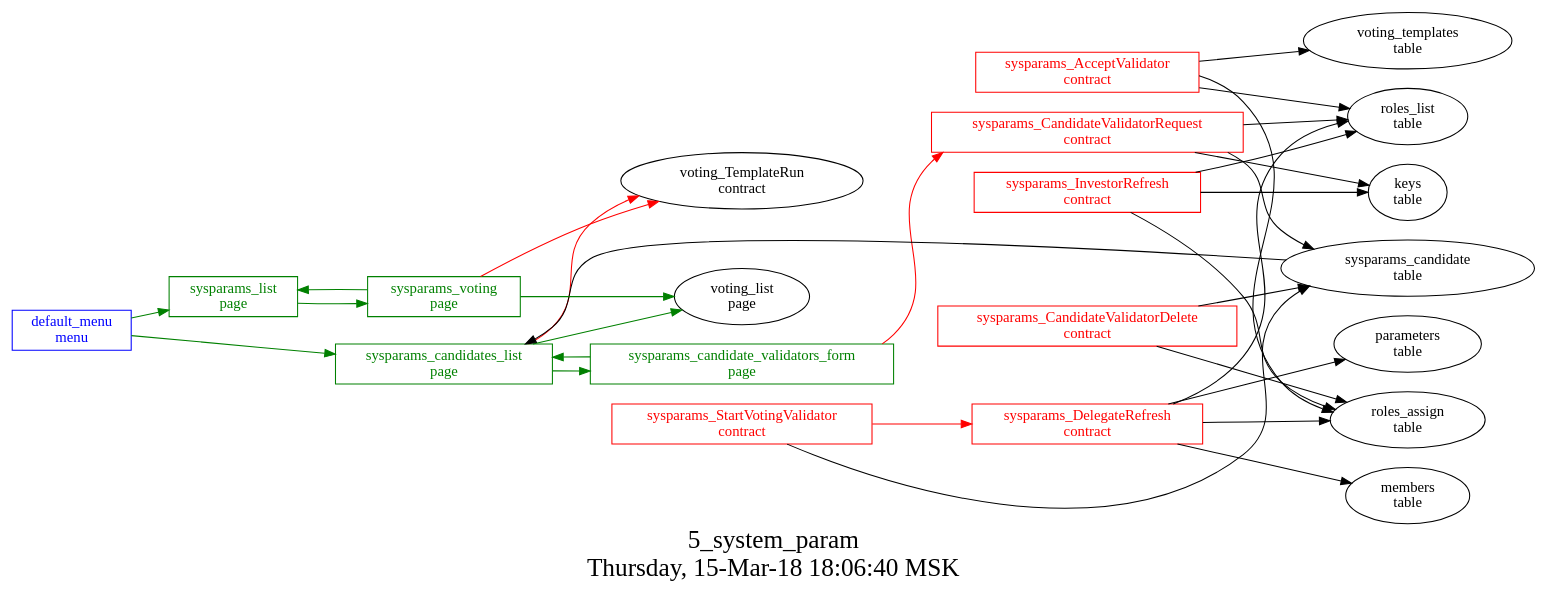
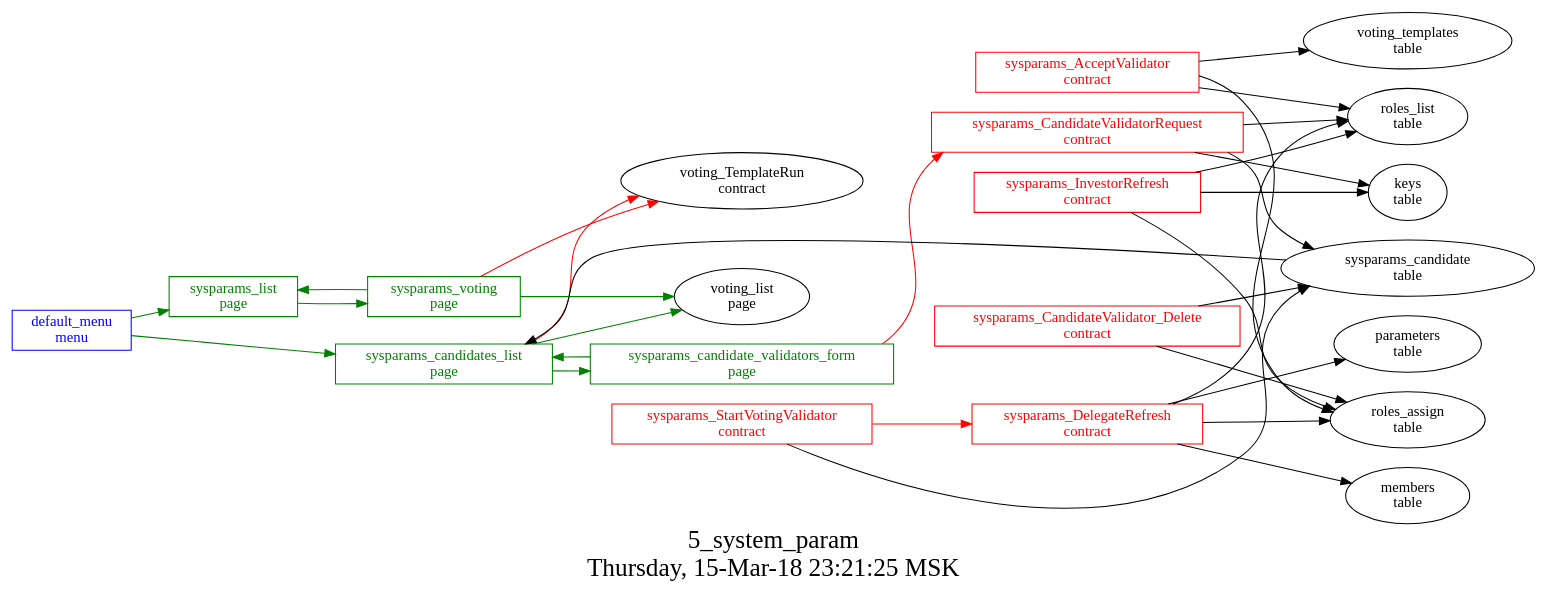
The diagram in src/basic/basic_main/5_system_params/struct.dot (AplaProject/apps), drawn with Graphviz before and after one commit. The commit also changed 9 other files, not shown here.

```diff
--- a/src/basic/basic_main/5_system_params/struct.dot
+++ b/src/basic/basic_main/5_system_params/struct.dot
@@ -1,51 +1,51 @@
 digraph G {
 graph [
   fontsize="24";
-  label="5_system_param\nThursday, 15-Mar-18 18:06:40 MSK";
+  label="5_system_param\nThursday, 15-Mar-18 23:21:25 MSK";
   nojustify=true;
   ordering=out;
   rankdir=LR;
   size="30";
 ];
 "default_menu\nmenu" -> "sysparams_list\npage"  [ color=green ]
 "default_menu\nmenu" -> "sysparams_candidates_list\npage"  [ color=green ]
 "default_menu\nmenu" [color=blue, fontcolor=blue, group=menus, shape=record];
 "sysparams_candidate_validators_form\npage" -> "sysparams_CandidateValidatorRequest\ncontract"  [ color=red ]
 "sysparams_candidate_validators_form\npage" -> "sysparams_candidates_list\npage"  [ color=green ]
 "sysparams_candidate_validators_form\npage" [color=green, fontcolor=green, group=pages, shape=record];
 "sysparams_candidates_list\npage" -> "voting_TemplateRun\ncontract"  [ color=red ]
 "sysparams_candidate\ntable" -> "sysparams_candidates_list\npage"  [ color="" ]
 "sysparams_candidates_list\npage" -> "voting_list\npage"  [ color=green ]
 "sysparams_candidates_list\npage" -> "sysparams_candidate_validators_form\npage"  [ color=green ]
 "sysparams_candidates_list\npage" [color=green, fontcolor=green, group=pages, shape=record];
 "sysparams_list\npage" -> "sysparams_voting\npage"  [ color=green ]
 "sysparams_list\npage" [color=green, fontcolor=green, group=pages, shape=record];
 "sysparams_voting\npage" -> "voting_TemplateRun\ncontract"  [ color=red ]
 "sysparams_voting\npage" -> "sysparams_list\npage"  [ color=green ]
 "sysparams_voting\npage" -> "voting_list\npage"  [ color=green ]
 "sysparams_voting\npage" [color=green, fontcolor=green, group=pages, shape=record];
 "sysparams_AcceptValidator\ncontract" -> "voting_templates\ntable"  [ color="" ]
 "sysparams_AcceptValidator\ncontract" -> "roles_list\ntable"  [ color="" ]
 "sysparams_AcceptValidator\ncontract" -> "roles_assign\ntable"  [ color="" ]
 "sysparams_AcceptValidator\ncontract" [color=red, fontcolor=red, group=contracts, shape=record];
-"sysparams_CandidateValidatorDelete\ncontract" -> "sysparams_candidate\ntable"  [ color="" ]
-"sysparams_CandidateValidatorDelete\ncontract" -> "roles_assign\ntable"  [ color="" ]
-"sysparams_CandidateValidatorDelete\ncontract" [color=red, fontcolor=red, group=contracts, shape=record];
 "sysparams_CandidateValidatorRequest\ncontract" -> "keys\ntable"  [ color="" ]
 "sysparams_CandidateValidatorRequest\ncontract" -> "roles_list\ntable"  [ color="" ]
 "sysparams_CandidateValidatorRequest\ncontract" -> "sysparams_candidate\ntable"  [ color="" ]
 "sysparams_CandidateValidatorRequest\ncontract" [color=red, fontcolor=red, group=contracts, shape=record];
+"sysparams_CandidateValidator_Delete\ncontract" -> "sysparams_candidate\ntable"  [ color="" ]
+"sysparams_CandidateValidator_Delete\ncontract" -> "roles_assign\ntable"  [ color="" ]
+"sysparams_CandidateValidator_Delete\ncontract" [color=red, fontcolor=red, group=contracts, shape=record];
 "sysparams_DelegateRefresh\ncontract" -> "roles_list\ntable"  [ color="" ]
 "sysparams_DelegateRefresh\ncontract" -> "parameters\ntable"  [ color="" ]
 "sysparams_DelegateRefresh\ncontract" -> "roles_assign\ntable"  [ color="" ]
 "sysparams_DelegateRefresh\ncontract" -> "members\ntable"  [ color="" ]
 "sysparams_DelegateRefresh\ncontract" [color=red, fontcolor=red, group=contracts, shape=record];
 "sysparams_InvestorRefresh\ncontract" -> "roles_list\ntable"  [ color="" ]
 "sysparams_InvestorRefresh\ncontract" -> "keys\ntable"  [ color="" ]
 "sysparams_InvestorRefresh\ncontract" -> "roles_assign\ntable"  [ color="" ]
 "sysparams_InvestorRefresh\ncontract" [color=red, fontcolor=red, group=contracts, shape=record];
 "sysparams_StartVotingValidator\ncontract" -> "sysparams_DelegateRefresh\ncontract"  [ color=red ]
 "sysparams_StartVotingValidator\ncontract" -> "sysparams_candidate\ntable"  [ color="" ]
 "sysparams_StartVotingValidator\ncontract" [color=red, fontcolor=red, group=contracts, shape=record];
 "sysparams_candidate\ntable" [color="", fontcolor="", group=tables, shape=""];
 }
```
